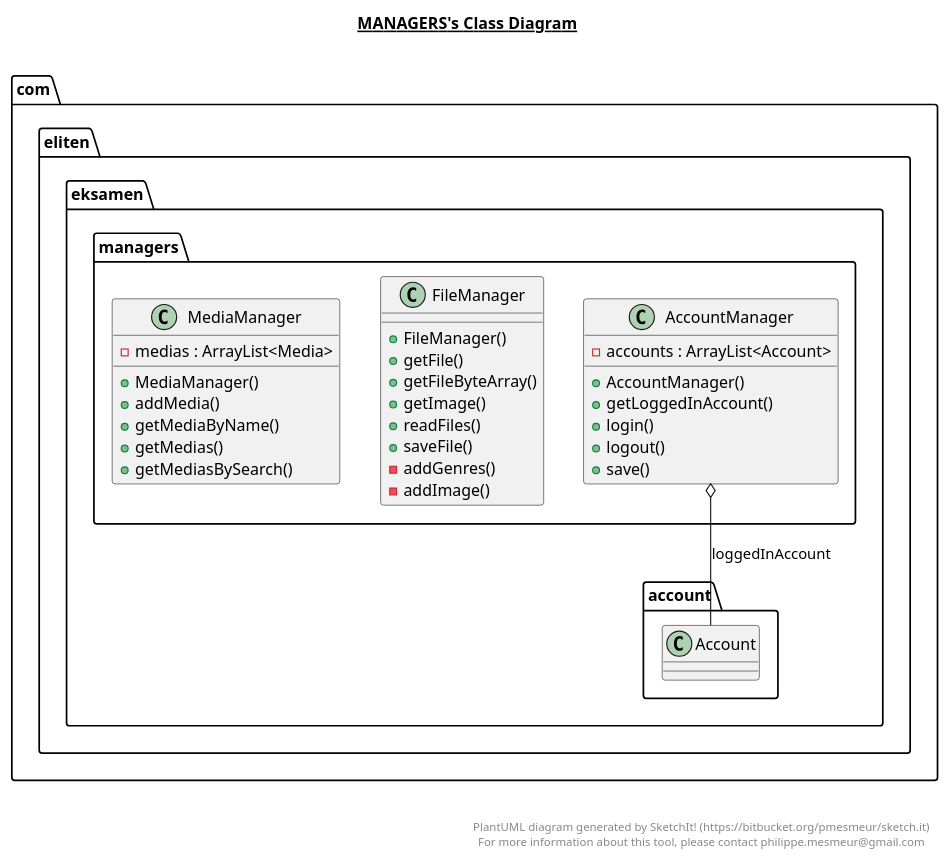
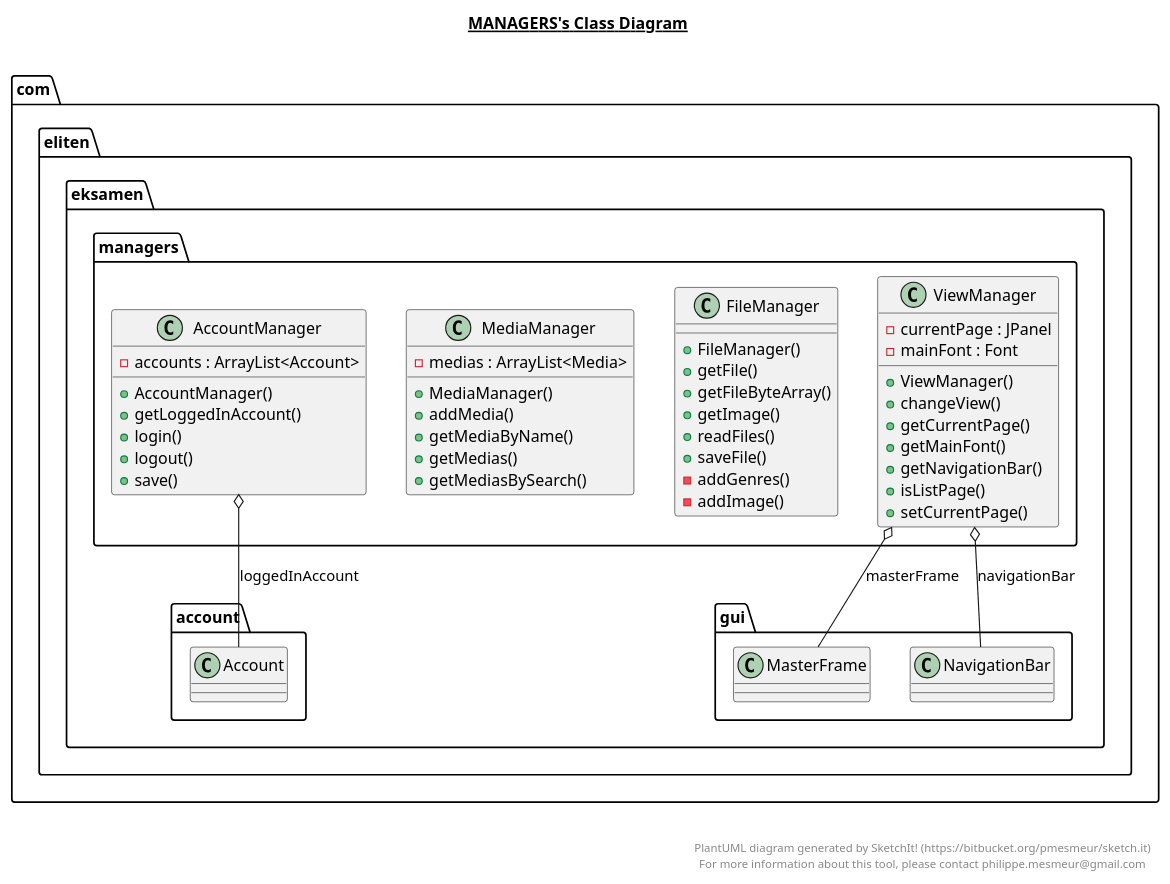
One commit to BE-CH/ITU-ExamProject2020-Streaming-Service changed the diagram in src/main/java/com/eliten/eksamen/managers/managers.plantuml. Above: the diagram before and after it, drawn with PlantUML. The commit also changed 4 other files, not shown here.

Commit message:
updated the UML Files

```diff
--- a/src/main/java/com/eliten/eksamen/managers/managers.plantuml
+++ b/src/main/java/com/eliten/eksamen/managers/managers.plantuml
@@ -1,59 +1,78 @@
 @startuml
 
 title __MANAGERS's Class Diagram__\n
 
   namespace com.eliten.eksamen {
     namespace managers {
       class com.eliten.eksamen.managers.AccountManager {
           - accounts : ArrayList<Account>
           + AccountManager()
           + getLoggedInAccount()
           + login()
           + logout()
           + save()
       }
     }
   }
   
 
   namespace com.eliten.eksamen {
     namespace managers {
       class com.eliten.eksamen.managers.FileManager {
           + FileManager()
           + getFile()
           + getFileByteArray()
           + getImage()
           + readFiles()
           + saveFile()
           - addGenres()
           - addImage()
       }
     }
   }
   
 
   namespace com.eliten.eksamen {
     namespace managers {
       class com.eliten.eksamen.managers.MediaManager {
           - medias : ArrayList<Media>
           + MediaManager()
           + addMedia()
           + getMediaByName()
           + getMedias()
           + getMediasBySearch()
       }
     }
   }
   
 
+  namespace com.eliten.eksamen {
+    namespace managers {
+      class com.eliten.eksamen.managers.ViewManager {
+          - currentPage : JPanel
+          - mainFont : Font
+          + ViewManager()
+          + changeView()
+          + getCurrentPage()
+          + getMainFont()
+          + getNavigationBar()
+          + isListPage()
+          + setCurrentPage()
+      }
+    }
+  }
+  
+
   com.eliten.eksamen.managers.AccountManager o-- com.eliten.eksamen.account.Account : loggedInAccount
+  com.eliten.eksamen.managers.ViewManager o-- com.eliten.eksamen.gui.MasterFrame : masterFrame
+  com.eliten.eksamen.managers.ViewManager o-- com.eliten.eksamen.gui.NavigationBar : navigationBar
 
 
 right footer
 
 
 PlantUML diagram generated by SketchIt! (https://bitbucket.org/pmesmeur/sketch.it)
 For more information about this tool, please contact philippe.mesmeur@gmail.com
 endfooter
 
 @enduml
```
